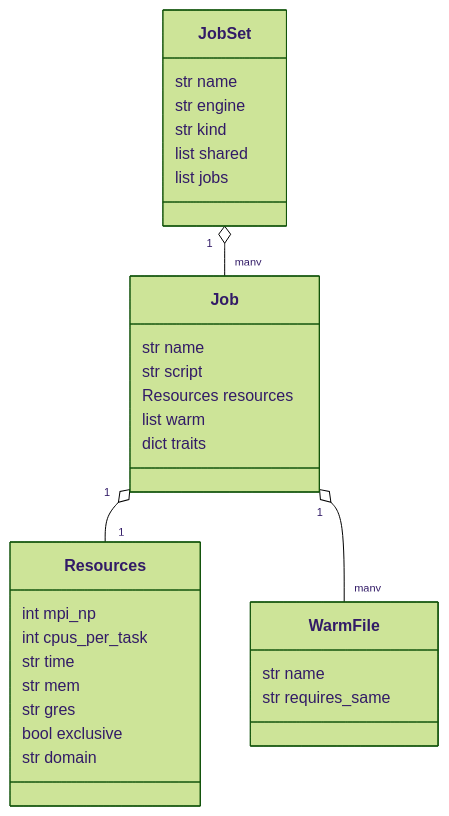
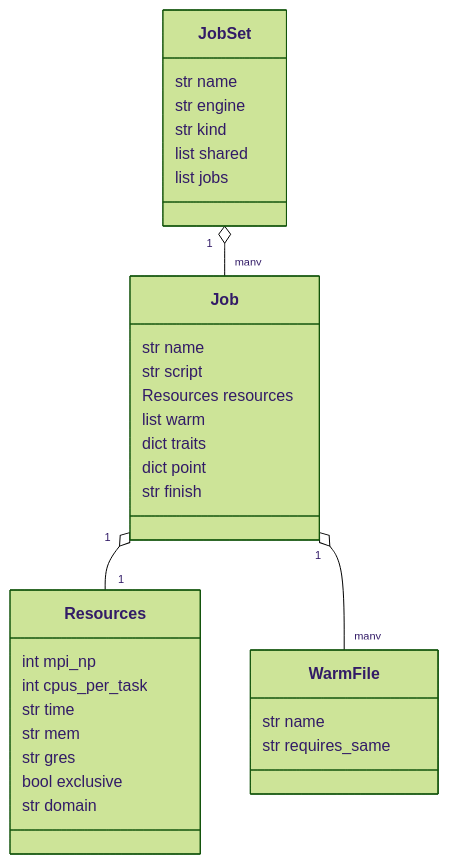
One commit to Qing-LAB/molbuilder changed the second of 10 diagrams in docs/execution/job-system.md. Above: the diagram before and after it, drawn with Mermaid (forest theme). The commit also changed other lines of this file and 31 other files, not shown here.

````diff
--- a/docs/execution/job-system.md
+++ b/docs/execution/job-system.md
@@ -214,33 +216,35 @@
 ```mermaid
 classDiagram
     class JobSet {
       str name
       str engine
       str kind
       list shared
       list jobs
     }
     class Job {
       str name
       str script
       Resources resources
       list warm
       dict traits
+      dict point
+      str finish
     }
     class Resources {
       int mpi_np
       int cpus_per_task
       str time
       str mem
       str gres
       bool exclusive
       str domain
     }
     class WarmFile {
       str name
       str requires_same
     }
     JobSet "1" o-- "many" Job
     Job "1" o-- "1" Resources
     Job "1" o-- "many" WarmFile
 ```
````
